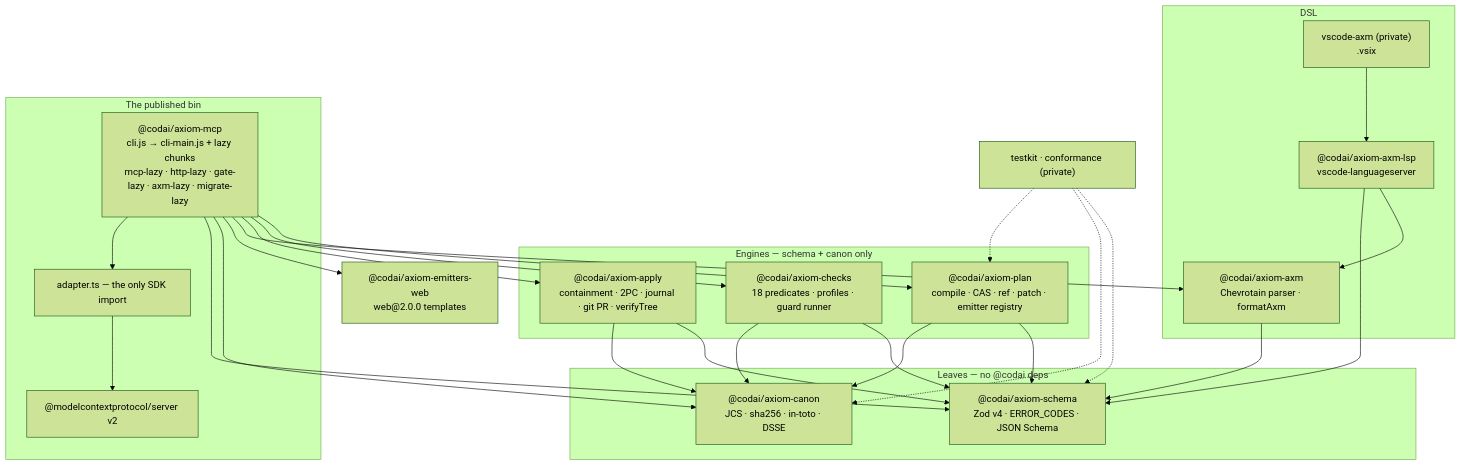
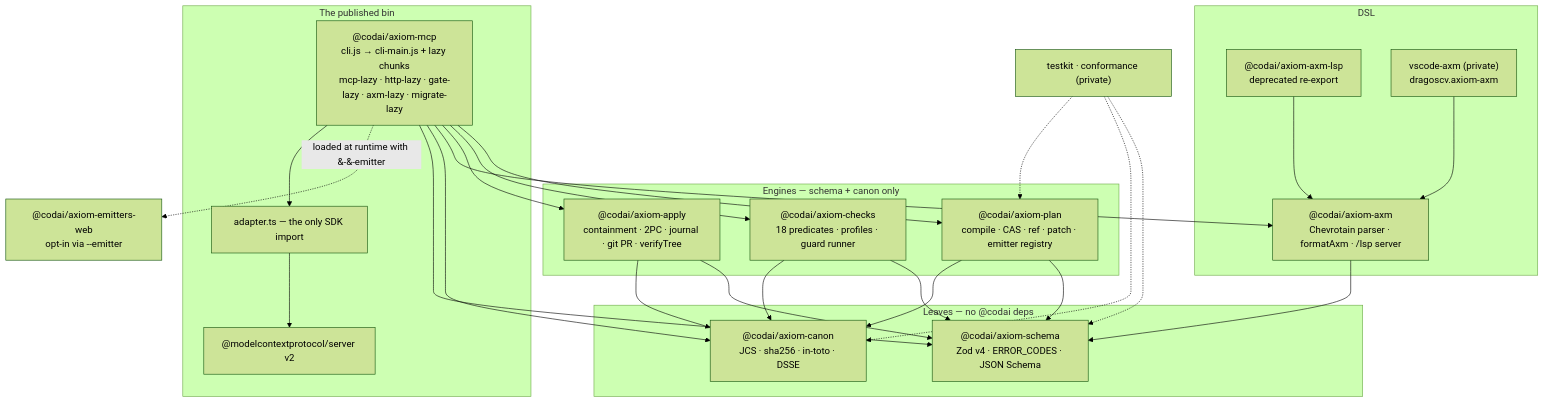
Before and after one commit to dragoscv/axiom: the diagram in docs/design/v2-architecture.md, drawn with Mermaid (forest theme). The commit also changed other lines of this file and 308 other files, not shown here.

````diff
--- a/docs/design/v2-architecture.md
+++ b/docs/design/v2-architecture.md
@@ -13,33 +14,36 @@
 ```mermaid
 flowchart TB
+  accTitle: Package graph
+  accDescr: The AXIOM packages from dependency-free leaves up to the MCP server, CLI and editor tooling that consume them.
   subgraph leaves [Leaves — no @codai deps]
     schema["@codai/axiom-schema<br/>Zod v4 · ERROR_CODES · JSON Schema"]
     canon["@codai/axiom-canon<br/>JCS · sha256 · in-toto · DSSE"]
   end
   subgraph engines [Engines — schema + canon only]
     plan["@codai/axiom-plan<br/>compile · CAS · ref · patch · emitter registry"]
     checks["@codai/axiom-checks<br/>18 predicates · profiles · guard runner"]
     apply["@codai/axiom-apply<br/>containment · 2PC · journal · git PR · verifyTree"]
   end
   subgraph dsl [DSL]
-    axm["@codai/axiom-axm<br/>Chevrotain parser · formatAxm"]
-    lsp["@codai/axiom-axm-lsp<br/>vscode-languageserver"]
-    vsx["vscode-axm (private)<br/>.vsix"]
+    axm["@codai/axiom-axm<br/>Chevrotain parser · formatAxm · /lsp server"]
+    lsp["@codai/axiom-axm-lsp<br/>deprecated re-export"]
+    vsx["vscode-axm (private)<br/>dragoscv.axiom-axm"]
   end
-  web["@codai/axiom-emitters-web<br/>web@2.0.0 templates"]
+  web["@codai/axiom-emitters-web<br/>opt-in via --emitter"]
   subgraph bin [The published bin]
     mcp["@codai/axiom-mcp<br/>cli.js → cli-main.js + lazy chunks<br/>mcp-lazy · http-lazy · gate-lazy · axm-lazy · migrate-lazy"]
     adapter["adapter.ts — the only SDK import"]
     sdk["@modelcontextprotocol/server v2"]
   end
   priv["testkit · conformance (private)"]
   plan --> schema & canon
   checks --> schema & canon
   apply --> schema & canon
   axm --> schema
-  lsp --> axm & schema
-  vsx --> lsp
-  mcp --> plan & checks & apply & axm & web & canon & schema
+  lsp --> axm
+  vsx --> axm
+  mcp --> plan & checks & apply & axm & canon & schema
+  mcp -.->|"loaded at runtime with &#8209;&#8209;emitter"| web
   mcp --> adapter --> sdk
   priv -.-> schema & canon & plan
 ```
````
